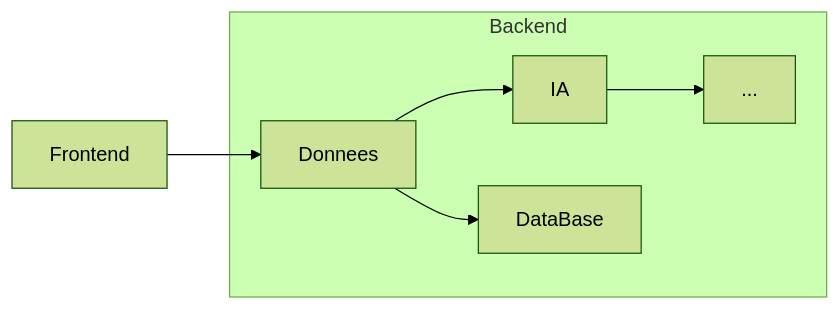
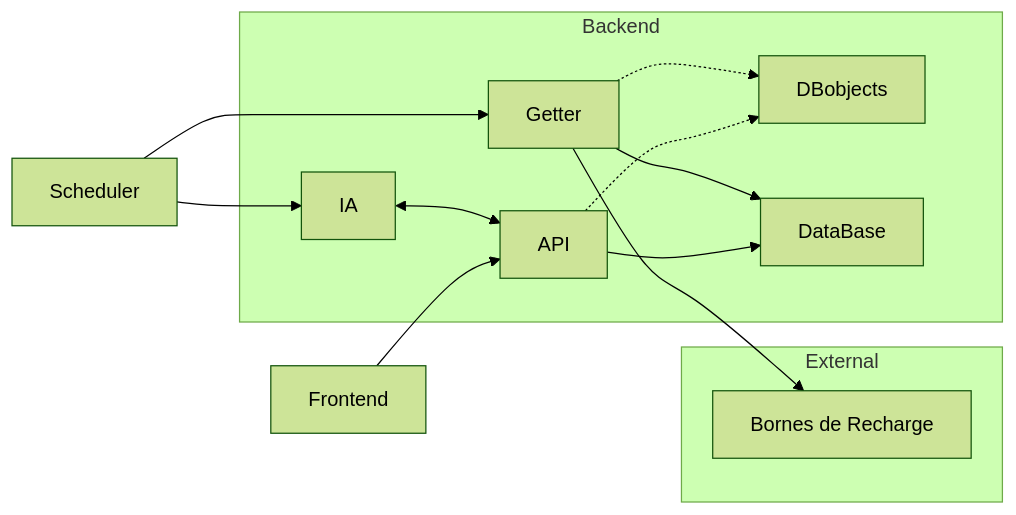
The diagram in Analyse.md (ESIR2-PROJECT/RENDUS), drawn with Mermaid (forest theme) before and after one commit.

Commit message:
update architecture

````diff
--- a/Analyse.md
+++ b/Analyse.md
@@ -51,18 +51,34 @@
 ```mermaid
 graph LR
     
     Frontend
     
+    S[Scheduler]
+    
+    S --> Getter
+    S --> IA
+    
+    
     subgraph Backend
-        Donnees
+        Getter
         IA
+        API
+        DBobjects
+        
         DataBase
-        Donnees --> IA
-        Donnees --> DataBase
+        Getter --> DataBase
+        API --> DataBase
+        IA <--> API
         
-        IA --> ...
+        Getter -.-> DBobjects
+        API -.-> DBobjects
     end
     
-    Frontend --> Donnees
+    subgraph External
+        Bornes[Bornes de Recharge]
+    end
+    
+    Frontend --> API
+    Getter --> Bornes
     
 ```
````
